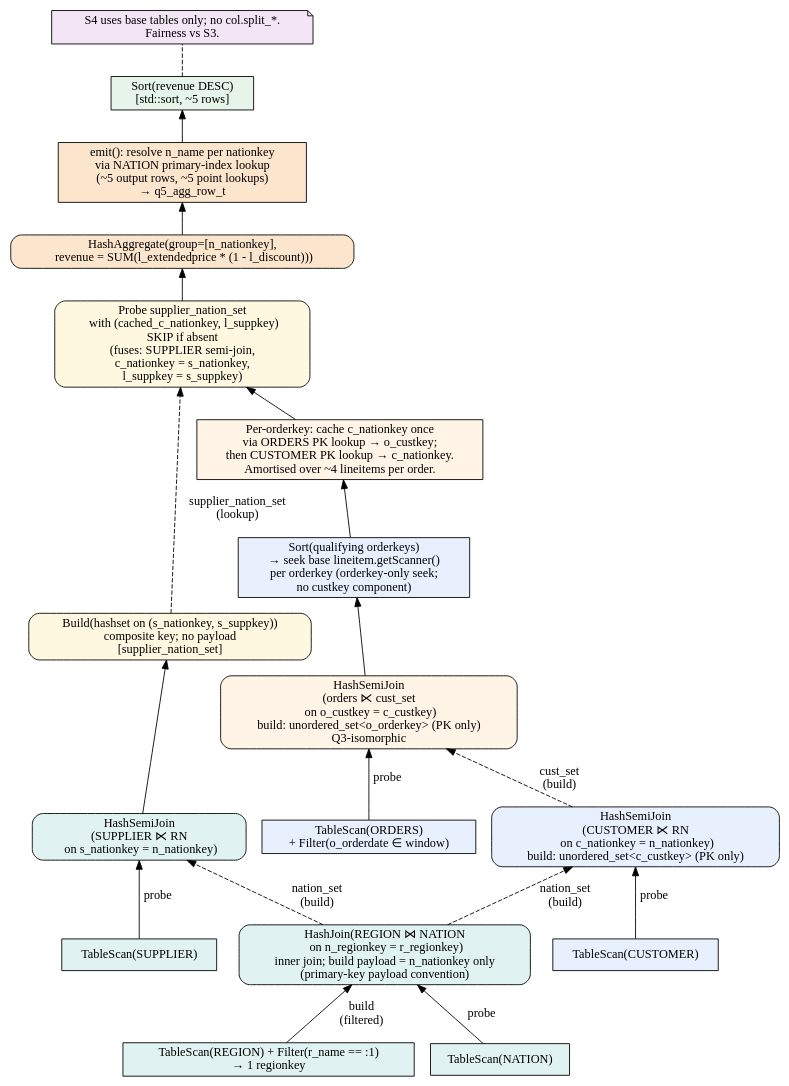
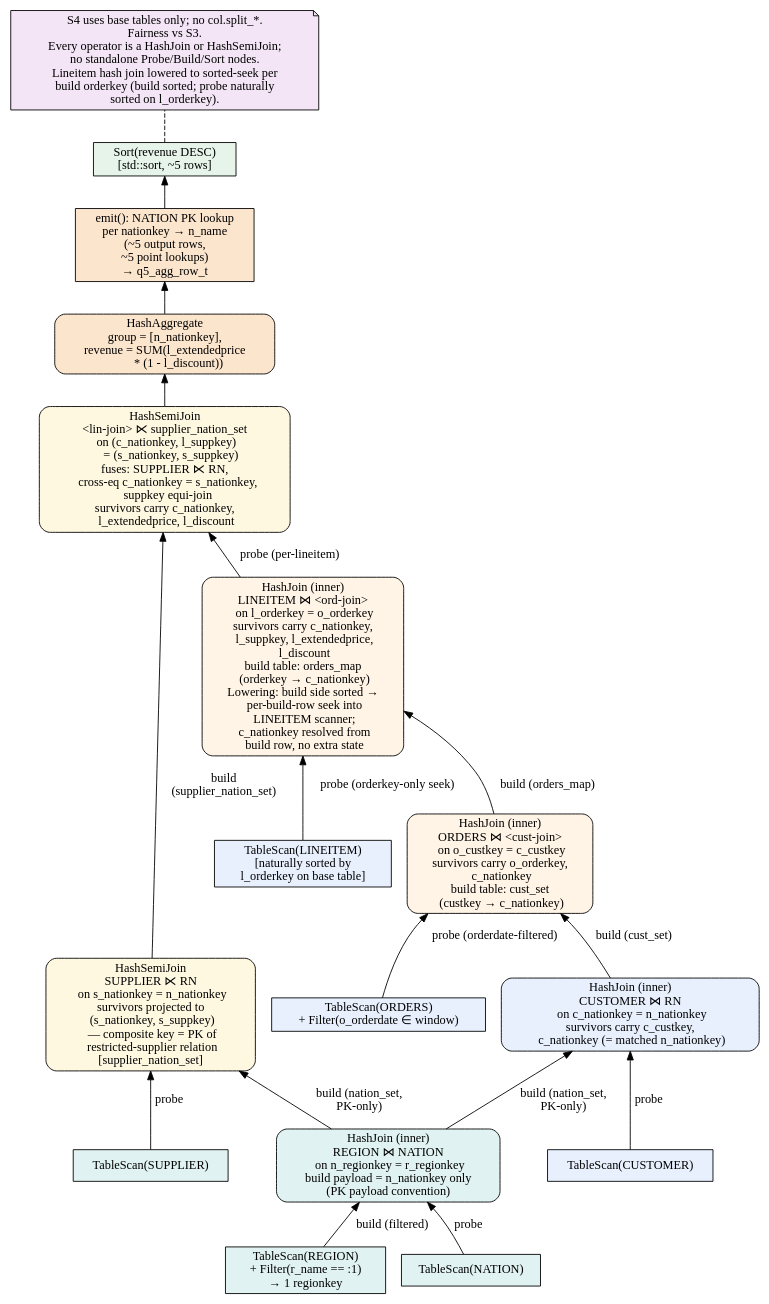
Before and after one commit to alicia-lyu/leanstore: the diagram in frontend/tpch/q5/plans/baseline_s4.dot, drawn with Graphviz. The commit also changed 3 other files, not shown here.

First line of the commit message:
q5: fix plan-DOT operator framing (Phase 10A.1)

```diff
--- a/frontend/tpch/q5/plans/baseline_s4.dot
+++ b/frontend/tpch/q5/plans/baseline_s4.dot
@@ -1,133 +1,125 @@
 // Q5 S4 baseline plan — HashJoin chain over base tables, no merged
 // index. The "no co-location" reference point against which S1/S2/S3
 // are compared.
 //
 // S4 uses base tables only; no col.split_* secondaries. Fairness vs S3.
 //
-// Filter pushdown follows the same principles as the family logical
-// plan, with fusions specific to S4:
+// Operator-framing rules used throughout (also applies to
+// family_logical.dot and family_s3_physical.dot):
+//
+//   • "Probe X" and "Build X" are NEVER operator nodes — they are
+//     edge roles into a HashJoin/HashSemiJoin operator. The operator
+//     node is the join; build/probe are labels on its input edges.
+//   • Operator class (HashJoin inner vs HashSemiJoin) is decided by
+//     what the joined record carries downstream — NOT by whether the
+//     build payload happens to be empty.
+//   • Sorted-then-seek loops are HashJoin lowerings (the build side
+//     is sorted and the probe side is naturally sorted on the join
+//     key, so per-build-row seek into the probe scanner is a
+//     physical implementation of the hash join). Draw them as
+//     HashJoin nodes; mention sorted-seek in a comment.
+//
+// Filter pushdown (specific fusions for S4):
 //
 //   • r_name = :1               → fused with TableScan(REGION) before
-//                                  the NATION join's hash build.
+//                                  the NATION join's build.
 //   • o_orderdate ∈ window       → fused with TableScan(ORDERS) before
-//                                  the orders hash build.
+//                                  ORDERS feeds its probe edge.
 //
 // PRIMARY-KEY PAYLOAD CONVENTION: every hash build carries only the
 // build relation's primary key — no record content. Downstream
 // consumers fetch additional columns via the primary index at
-// consumption time.
+// consumption time. n_name is the canonical example: it is NOT in
+// any intermediate build; it is fetched at emit time via NATION's
+// primary-index lookup keyed on n_nationkey (~5 lookups per query).
 //
-// Shared RN = REGION ⋈ NATION dimension subtree fans out identically
-// to the family logical plan — two symmetric semi-joins:
+// Asymmetry between the two fan-outs from RN:
+//   CUSTOMER ⋈ RN is HashJoin (inner) — the joined record carries
+//                                       n_nationkey forward, used at
+//                                       emit time to fetch n_name.
+//   SUPPLIER ⋉ RN is HashSemiJoin    — no NATION column flows
+//                                       downstream from the supplier
+//                                       arm; supplier survivors carry
+//                                       only their own (s_nationkey,
+//                                       s_suppkey).
 //
-//   Fan-out 1: CUSTOMER ⋉ RN on c_nationkey = n_nationkey
-//       build side: unordered_set<c_custkey>   (PK of CUSTOMER)
-//       no c_nationkey payload; fetched per surviving custkey via
-//       CUSTOMER primary-index lookup when needed downstream.
-//
-//   Fan-out 2: SUPPLIER ⋉ RN on s_nationkey = n_nationkey
-//       → Build(hashset on (s_nationkey, s_suppkey))
-//           composite key = effective PK of restricted-supplier
-//           relation; no payload.
-//
-// Customer side: HashSemiJoin(CUSTOMER ⋉ nation_set on c_nationkey).
-//   Survivors feed HashBuild(c_custkey) — orders_set probe side.
-//
-// Orders scan: orderdate window pushed below; then
-//   HashSemiJoin(orders ⋉ cust_set on o_custkey = c_custkey).
-//   Build side is unordered_set<o_orderkey> (primary key, no payload).
-//   Q3-isomorphic in shape.
-//
-// Lineitem driver: Sort(qualifying orderkeys) → seek into base
-//   lineitem.getScanner() per orderkey (orderkey-only seek; no custkey
-//   component in the scan key). Per orderkey, c_nationkey is cached
-//   once via two primary-index lookups:
-//     ORDERS primary-index lookup by orderkey → o_custkey;
-//     CUSTOMER primary-index lookup by custkey → c_nationkey.
-//   Cache lives across that orderkey's lineitem batch (~4 lineitems),
-//   amortising the two point-lookups over the batch.
-//
-// Per-lineitem: probe supplier_nation_set with (cached_c_nationkey,
-//   l_suppkey). One hashset lookup replaces the old supplier_nation_map
-//   probe + separate cross-equality filter.
-//
-// Aggregate by nationkey, then resolve n_name at emit time via NATION
-// primary-index lookup (~5 output rows, ~5 lookups).
+// Per-orderkey c_nationkey caching during the LINEITEM hash-join's
+// sorted-seek lowering: when streaming matched lineitems for one
+// build orderkey, c_nationkey is fixed by the build row — no extra
+// state is needed. The cache is internal to the join, not a separate
+// operator.
 
 digraph {
   rankdir=BT;
 
   // ─────────── Shared dimension subtree: RN = REGION ⋈ NATION ───────────
-  s_reg [label="TableScan(REGION) + Filter(r_name == :1)\n→ 1 regionkey",
+  s_reg [label="TableScan(REGION)\n+ Filter(r_name == :1)\n→ 1 regionkey",
          shape=box, style=filled, fillcolor="#E0F2F1"];
   s_nat [label="TableScan(NATION)",
          shape=box, style=filled, fillcolor="#E0F2F1"];
-  rn    [label="HashJoin(REGION ⋈ NATION\n  on n_regionkey = r_regionkey)\ninner join; build payload = n_nationkey only\n(primary-key payload convention)",
+  rn    [label="HashJoin (inner)\nREGION ⋈ NATION\n  on n_regionkey = r_regionkey\nbuild payload = n_nationkey only\n(PK payload convention)",
          shape=box, style="filled,rounded", fillcolor="#E0F2F1"];
 
-  s_reg -> rn [label="build\n(filtered)"];
+  s_reg -> rn [label="build (filtered)"];
   s_nat -> rn [label="probe"];
 
-  // ─────────── Fan-out 1: CUSTOMER ⋉ RN ───────────
-  sj_cust [label="HashSemiJoin\n(CUSTOMER ⋉ RN\n  on c_nationkey = n_nationkey)\nbuild: unordered_set<c_custkey> (PK only)",
-           shape=box, style="filled,rounded", fillcolor="#E8F0FE"];
+  // ─────────── CUSTOMER ⋈ RN (inner — n_name flows downstream) ───────────
   s_cust  [label="TableScan(CUSTOMER)",
            shape=box, style=filled, fillcolor="#E8F0FE"];
+  hj_cust [label="HashJoin (inner)\nCUSTOMER ⋈ RN\n  on c_nationkey = n_nationkey\nsurvivors carry c_custkey,\n  c_nationkey (= matched n_nationkey)",
+           shape=box, style="filled,rounded", fillcolor="#E8F0FE"];
 
-  rn     -> sj_cust [style=dashed, label="nation_set\n(build)"];
-  s_cust -> sj_cust [label="probe"];
+  rn     -> hj_cust [label="build (nation_set,\nPK-only)"];
+  s_cust -> hj_cust [label="probe"];
 
-  // ─────────── Fan-out 2: SUPPLIER ⋉ RN → composite-key build ───────────
-  sj_sup  [label="HashSemiJoin\n(SUPPLIER ⋉ RN\n  on s_nationkey = n_nationkey)",
-           shape=box, style="filled,rounded", fillcolor="#E0F2F1"];
-  bld_sup [label="Build(hashset on (s_nationkey, s_suppkey))\ncomposite key; no payload\n[supplier_nation_set]",
-           shape=box, style="filled,rounded", fillcolor="#FFF8E1"];
-  s_sup   [label="TableScan(SUPPLIER)",
-           shape=box, style=filled, fillcolor="#E0F2F1"];
+  // ─────────── ORDERS ⋈ CUSTOMER-join-result (inner) ───────────
+  s_ord  [label="TableScan(ORDERS)\n+ Filter(o_orderdate ∈ window)",
+          shape=box, style=filled, fillcolor="#E8F0FE"];
+  hj_ord [label="HashJoin (inner)\nORDERS ⋈ <cust-join>\n  on o_custkey = c_custkey\nsurvivors carry o_orderkey,\n  c_nationkey\nbuild table: cust_set\n  (custkey → c_nationkey)",
+          shape=box, style="filled,rounded", fillcolor="#FFF4E5"];
 
-  rn     -> sj_sup  [style=dashed, label="nation_set\n(build)"];
-  s_sup  -> sj_sup  [label="probe"];
-  sj_sup -> bld_sup;
+  hj_cust -> hj_ord [label="build (cust_set)"];
+  s_ord   -> hj_ord [label="probe (orderdate-filtered)"];
 
-  // ─────────── Orders: semi-join with cust_set ───────────
-  s_ord    [label="TableScan(ORDERS)\n+ Filter(o_orderdate ∈ window)",
-            shape=box, style=filled, fillcolor="#E8F0FE"];
-  sj_ord   [label="HashSemiJoin\n(orders ⋉ cust_set\n  on o_custkey = c_custkey)\nbuild: unordered_set<o_orderkey> (PK only)\nQ3-isomorphic",
-            shape=box, style="filled,rounded", fillcolor="#FFF4E5"];
+  // ─────────── LINEITEM ⋈ ORDERS-join-result (inner; sorted-seek lowering) ───────────
+  s_lin  [label="TableScan(LINEITEM)\n[naturally sorted by\n l_orderkey on base table]",
+          shape=box, style=filled, fillcolor="#E8F0FE"];
+  hj_lin [label="HashJoin (inner)\nLINEITEM ⋈ <ord-join>\n  on l_orderkey = o_orderkey\nsurvivors carry c_nationkey,\n  l_suppkey, l_extendedprice,\n  l_discount\nbuild table: orders_map\n  (orderkey → c_nationkey)\nLowering: build side sorted →\n  per-build-row seek into\n  LINEITEM scanner;\n  c_nationkey resolved from\n  build row, no extra state",
+          shape=box, style="filled,rounded", fillcolor="#FFF4E5"];
 
-  sj_cust -> sj_ord [style=dashed, label="cust_set\n(build)"];
-  s_ord   -> sj_ord [label="probe"];
+  hj_ord -> hj_lin [label="build (orders_map)"];
+  s_lin  -> hj_lin [label="probe (orderkey-only seek)"];
 
-  // ─────────── Lineitem: orderkey-only seek ───────────
-  s_lin    [label="Sort(qualifying orderkeys)\n→ seek base lineitem.getScanner()\nper orderkey (orderkey-only seek;\nno custkey component)",
-            shape=box, style=filled, fillcolor="#E8F0FE"];
-  cache_nat [label="Per-orderkey: cache c_nationkey once\nvia ORDERS PK lookup → o_custkey;\nthen CUSTOMER PK lookup → c_nationkey.\nAmortised over ~4 lineitems per order.",
-             shape=box, style=filled, fillcolor="#FFF4E5"];
+  // ─────────── SUPPLIER ⋉ RN (semi-join; no NATION column flows past) ───────────
+  s_sup  [label="TableScan(SUPPLIER)",
+          shape=box, style=filled, fillcolor="#E0F2F1"];
+  sj_sup [label="HashSemiJoin\nSUPPLIER ⋉ RN\n  on s_nationkey = n_nationkey\nsurvivors projected to\n  (s_nationkey, s_suppkey)\n  — composite key = PK of\n  restricted-supplier relation\n[supplier_nation_set]",
+          shape=box, style="filled,rounded", fillcolor="#FFF8E1"];
 
-  sj_ord -> s_lin;
-  s_lin  -> cache_nat;
+  rn    -> sj_sup [label="build (nation_set,\nPK-only)"];
+  s_sup -> sj_sup [label="probe"];
 
-  // ─────────── Per-lineitem composite-key probe ───────────
-  prb_sup  [label="Probe supplier_nation_set\n  with (cached_c_nationkey, l_suppkey)\nSKIP if absent\n(fuses: SUPPLIER semi-join,\n c_nationkey = s_nationkey,\n l_suppkey = s_suppkey)",
-            shape=box, style="filled,rounded", fillcolor="#FFF8E1"];
+  // ─────────── COL × SUPPLIER composite-key semi-join (fuses cross-eq + suppkey) ───────────
+  sj_col_sup [label="HashSemiJoin\n<lin-join> ⋉ supplier_nation_set\n  on (c_nationkey, l_suppkey)\n     = (s_nationkey, s_suppkey)\nfuses: SUPPLIER ⋉ RN,\n   cross-eq c_nationkey = s_nationkey,\n   suppkey equi-join\nsurvivors carry c_nationkey,\n  l_extendedprice, l_discount",
+              shape=box, style="filled,rounded", fillcolor="#FFF8E1"];
 
-  cache_nat -> prb_sup;
-  bld_sup   -> prb_sup [style=dashed, label="supplier_nation_set\n(lookup)"];
+  hj_lin -> sj_col_sup [label="probe (per-lineitem)"];
+  sj_sup -> sj_col_sup [label="build\n(supplier_nation_set)"];
 
   // ─────────── Aggregate + emit ───────────
-  agg [label="HashAggregate(group=[n_nationkey],\n  revenue = SUM(l_extendedprice * (1 - l_discount)))",
+  agg [label="HashAggregate\ngroup = [n_nationkey],\nrevenue = SUM(l_extendedprice\n          * (1 - l_discount))",
        shape=box, style="filled,rounded", fillcolor="#FCE5CD"];
-  emit [label="emit(): resolve n_name per nationkey\nvia NATION primary-index lookup\n(~5 output rows, ~5 point lookups)\n→ q5_agg_row_t",
+  emit [label="emit(): NATION PK lookup\nper nationkey → n_name\n(~5 output rows,\n ~5 point lookups)\n→ q5_agg_row_t",
         shape=box, style=filled, fillcolor="#FCE5CD"];
   sort [label="Sort(revenue DESC)\n[std::sort, ~5 rows]",
         shape=box, style=filled, fillcolor="#E6F4EA"];
 
-  prb_sup -> agg;
-  agg     -> emit;
-  emit    -> sort;
+  sj_col_sup -> agg;
+  agg        -> emit;
+  emit       -> sort;
 
   // ─────────── Footer note ───────────
-  footer [label="S4 uses base tables only; no col.split_*.\nFairness vs S3.",
+  footer [label="S4 uses base tables only; no col.split_*.\nFairness vs S3.\nEvery operator is a HashJoin or HashSemiJoin;\nno standalone Probe/Build/Sort nodes.\nLineitem hash join lowered to sorted-seek per\nbuild orderkey (build sorted; probe naturally\nsorted on l_orderkey).",
           shape=note, style=filled, fillcolor="#F3E5F5"];
   sort -> footer [style=dashed, arrowhead=none];
 }
```
